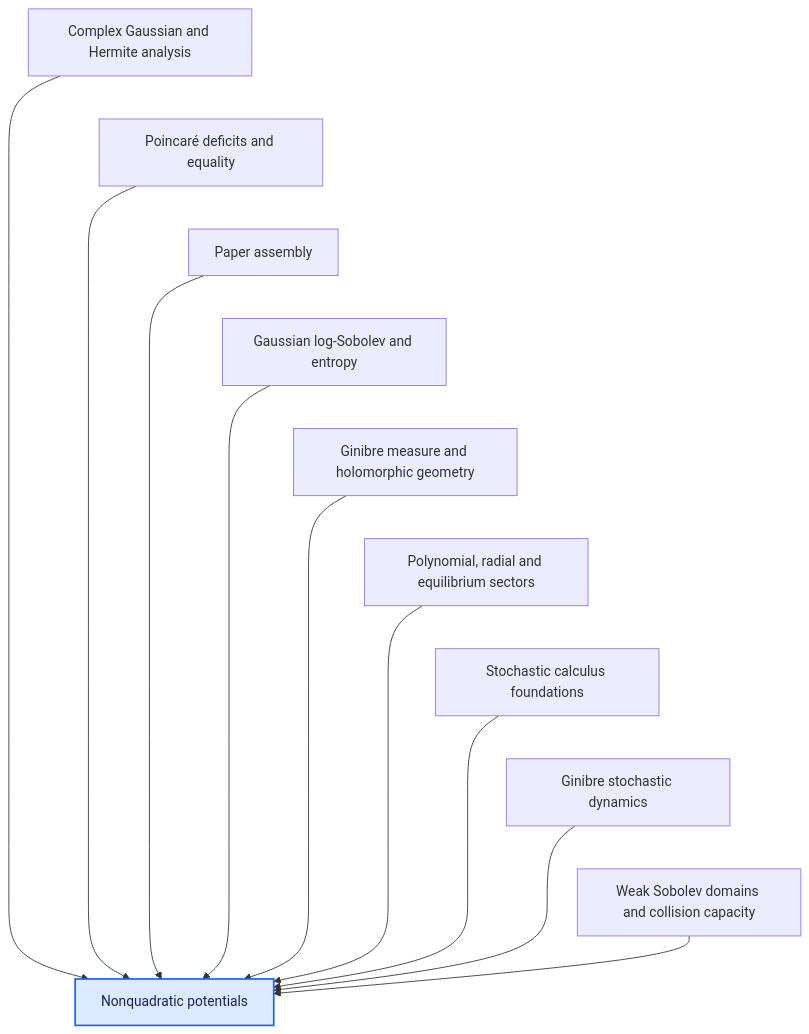
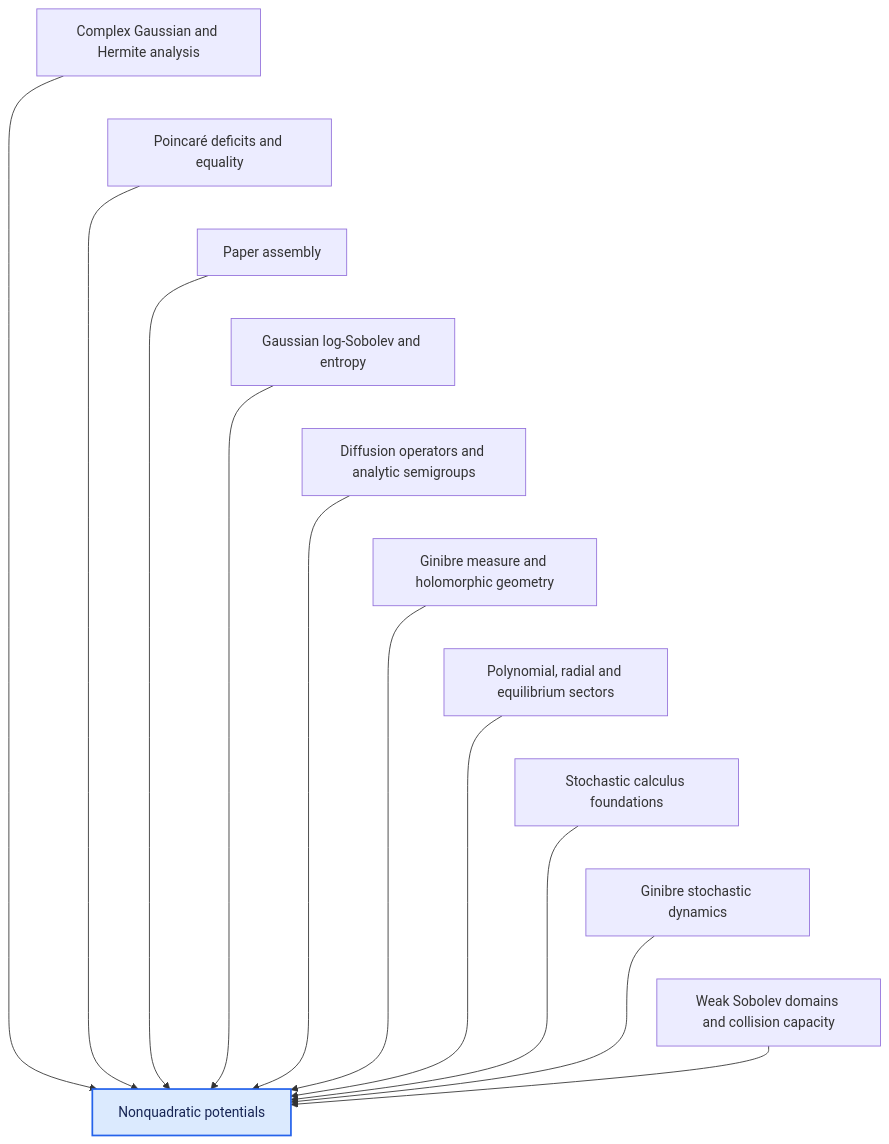
One commit to djalilchafai/ginibre-poincare changed diagram 11 of 12 in DEPENDENCIES.md. Above: the diagram before and after it, drawn with Mermaid. The commit also changed other lines of this file and 418 other files, not shown here.

````diff
--- a/DEPENDENCIES.md
+++ b/DEPENDENCIES.md
@@ -302,22 +316,24 @@
 ```mermaid
 flowchart TB
   ComplexGaussianHermite["Complex Gaussian and Hermite analysis"] --> NonQuadratic["Nonquadratic potentials"]
   DeficitsEquality["Poincaré deficits and equality"] --> NonQuadratic["Nonquadratic potentials"]
   Endgame["Paper assembly"] --> NonQuadratic["Nonquadratic potentials"]
   GaussianLSI["Gaussian log-Sobolev and entropy"] --> NonQuadratic["Nonquadratic potentials"]
+  GeneratorSemigroup["Diffusion operators and analytic semigroups"] --> NonQuadratic["Nonquadratic potentials"]
   GinibreMeasureGeometry["Ginibre measure and holomorphic geometry"] --> NonQuadratic["Nonquadratic potentials"]
   PolynomialRadial["Polynomial, radial and equilibrium sectors"] --> NonQuadratic["Nonquadratic potentials"]
   StochasticCalculus["Stochastic calculus foundations"] --> NonQuadratic["Nonquadratic potentials"]
   StochasticDynamics["Ginibre stochastic dynamics"] --> NonQuadratic["Nonquadratic potentials"]
   WeakSobolev["Weak Sobolev domains and collision capacity"] --> NonQuadratic["Nonquadratic potentials"]
   ComplexGaussianHermite ~~~ DeficitsEquality
   DeficitsEquality ~~~ Endgame
   Endgame ~~~ GaussianLSI
-  GaussianLSI ~~~ GinibreMeasureGeometry
+  GaussianLSI ~~~ GeneratorSemigroup
+  GeneratorSemigroup ~~~ GinibreMeasureGeometry
   GinibreMeasureGeometry ~~~ PolynomialRadial
   PolynomialRadial ~~~ StochasticCalculus
   StochasticCalculus ~~~ StochasticDynamics
   StochasticDynamics ~~~ WeakSobolev
   classDef target fill:#dbeafe,stroke:#2563eb,stroke-width:2px,color:#172554;
   class NonQuadratic target;
 ```
````
